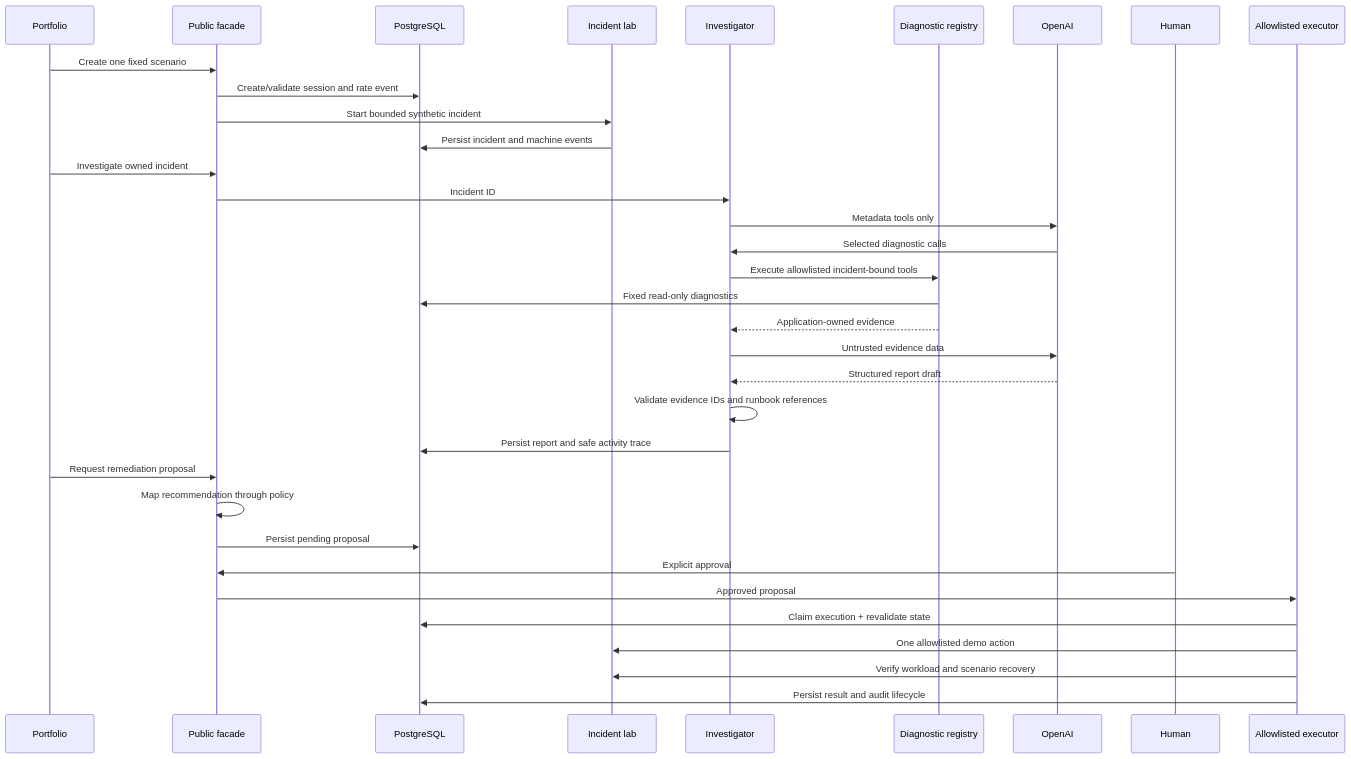
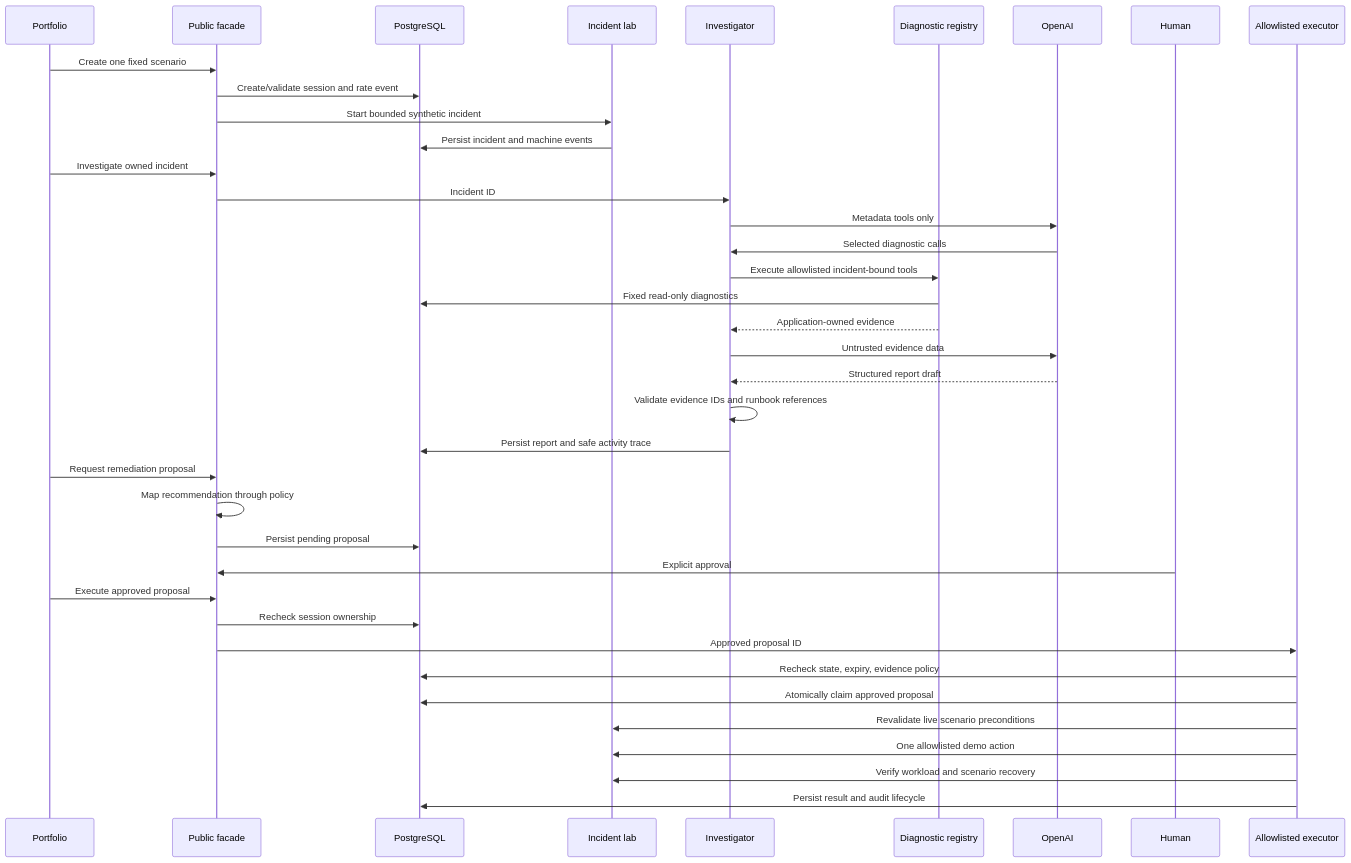
Before and after one commit to marvinjbb/incident-investigation-agent: the diagram in docs/ARCHITECTURE.md, drawn with Mermaid. The commit also changed other lines of this file and 5 other files, not shown here.

````diff
--- a/docs/ARCHITECTURE.md
+++ b/docs/ARCHITECTURE.md
@@ -23,37 +23,41 @@
 ```mermaid
 sequenceDiagram
     participant UI as Portfolio
     participant API as Public facade
     participant DB as PostgreSQL
     participant Lab as Incident lab
     participant Agent as Investigator
     participant Tools as Diagnostic registry
     participant Model as OpenAI
     participant Human
     participant Exec as Allowlisted executor
 
     UI->>API: Create one fixed scenario
     API->>DB: Create/validate session and rate event
     API->>Lab: Start bounded synthetic incident
     Lab->>DB: Persist incident and machine events
     UI->>API: Investigate owned incident
     API->>Agent: Incident ID
     Agent->>Model: Metadata tools only
     Model->>Agent: Selected diagnostic calls
     Agent->>Tools: Execute allowlisted incident-bound tools
     Tools->>DB: Fixed read-only diagnostics
     Tools-->>Agent: Application-owned evidence
     Agent->>Model: Untrusted evidence data
     Model-->>Agent: Structured report draft
     Agent->>Agent: Validate evidence IDs and runbook references
     Agent->>DB: Persist report and safe activity trace
     UI->>API: Request remediation proposal
     API->>API: Map recommendation through policy
     API->>DB: Persist pending proposal
     Human->>API: Explicit approval
-    API->>Exec: Approved proposal
-    Exec->>DB: Claim execution + revalidate state
+    UI->>API: Execute approved proposal
+    API->>DB: Recheck session ownership
+    API->>Exec: Approved proposal ID
+    Exec->>DB: Recheck state, expiry, evidence policy
+    Exec->>DB: Atomically claim approved proposal
+    Exec->>Lab: Revalidate live scenario preconditions
     Exec->>Lab: One allowlisted demo action
     Exec->>Lab: Verify workload and scenario recovery
     Exec->>DB: Persist result and audit lifecycle
 ```
````
